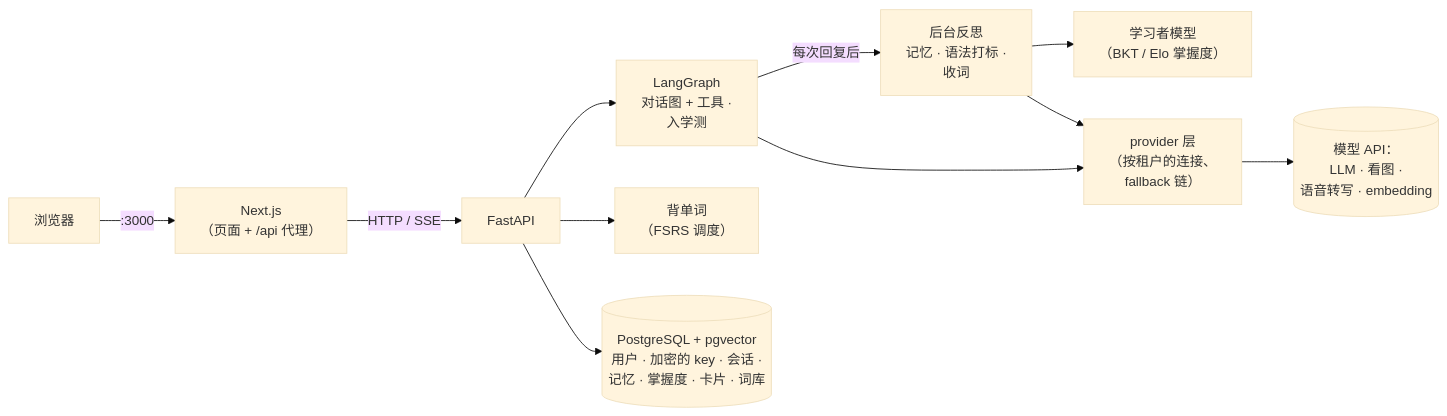
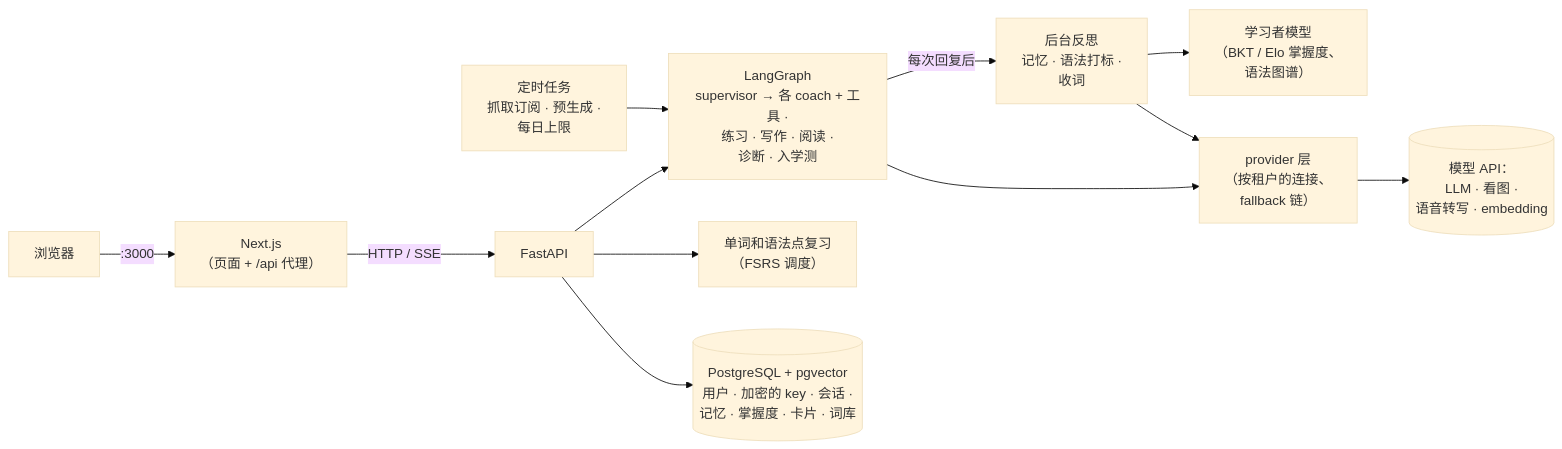
The diagram in README.zh-CN.md (YangD1/lingo-agent), drawn with Mermaid (base theme) before and after one commit. The commit also changed other lines of this file and 11 other files, not shown here.

First line of the commit message:
docs: 任务 49.4 README 加 P2 截图，标 P2 完成

````diff
--- a/README.zh-CN.md
+++ b/README.zh-CN.md
@@ -135,13 +139,14 @@
 ```mermaid
 flowchart LR
     B[浏览器] -->|:3000| F["Next.js<br/>（页面 + /api 代理）"]
     F -->|"HTTP / SSE"| A[FastAPI]
-    A --> G["LangGraph<br/>对话图 + 工具 ·<br/>入学测"]
+    A --> G["LangGraph<br/>supervisor → 各 coach + 工具 ·<br/>练习 · 写作 · 阅读 ·<br/>诊断 · 入学测"]
     G -->|"每次回复后"| R["后台反思<br/>记忆 · 语法打标 ·<br/>收词"]
-    R --> L["学习者模型<br/>（BKT / Elo 掌握度）"]
-    A --> V["背单词<br/>（FSRS 调度）"]
+    R --> L["学习者模型<br/>（BKT / Elo 掌握度、<br/>语法图谱）"]
+    A --> V["单词和语法点复习<br/>（FSRS 调度）"]
+    S["定时任务<br/>抓取订阅 · 预生成 ·<br/>每日上限"] --> G
     G --> P["provider 层<br/>（按租户的连接、<br/>fallback 链）"]
     R --> P
     P --> M[("模型 API：<br/>LLM · 看图 ·<br/>语音转写 · embedding")]
     A --> D[("PostgreSQL + pgvector<br/>用户 · 加密的 key · 会话 ·<br/>记忆 · 掌握度 · 卡片 · 词库")]
 ```
````
